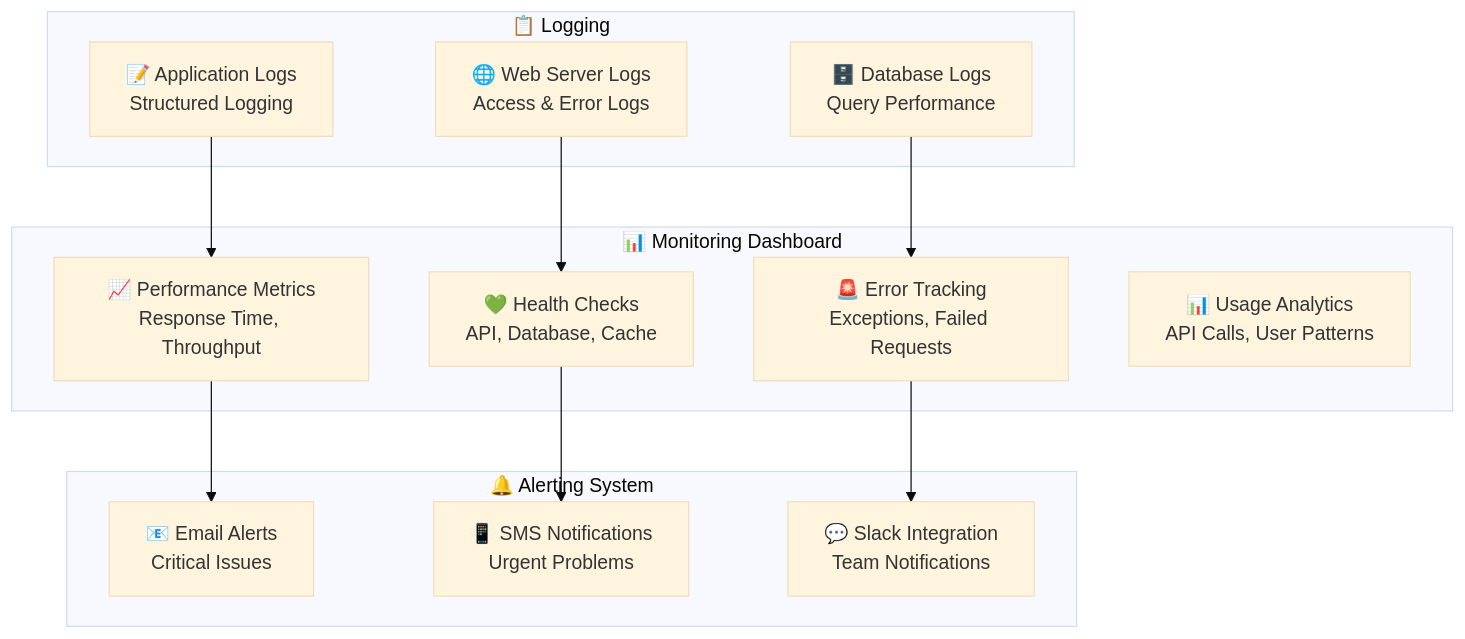
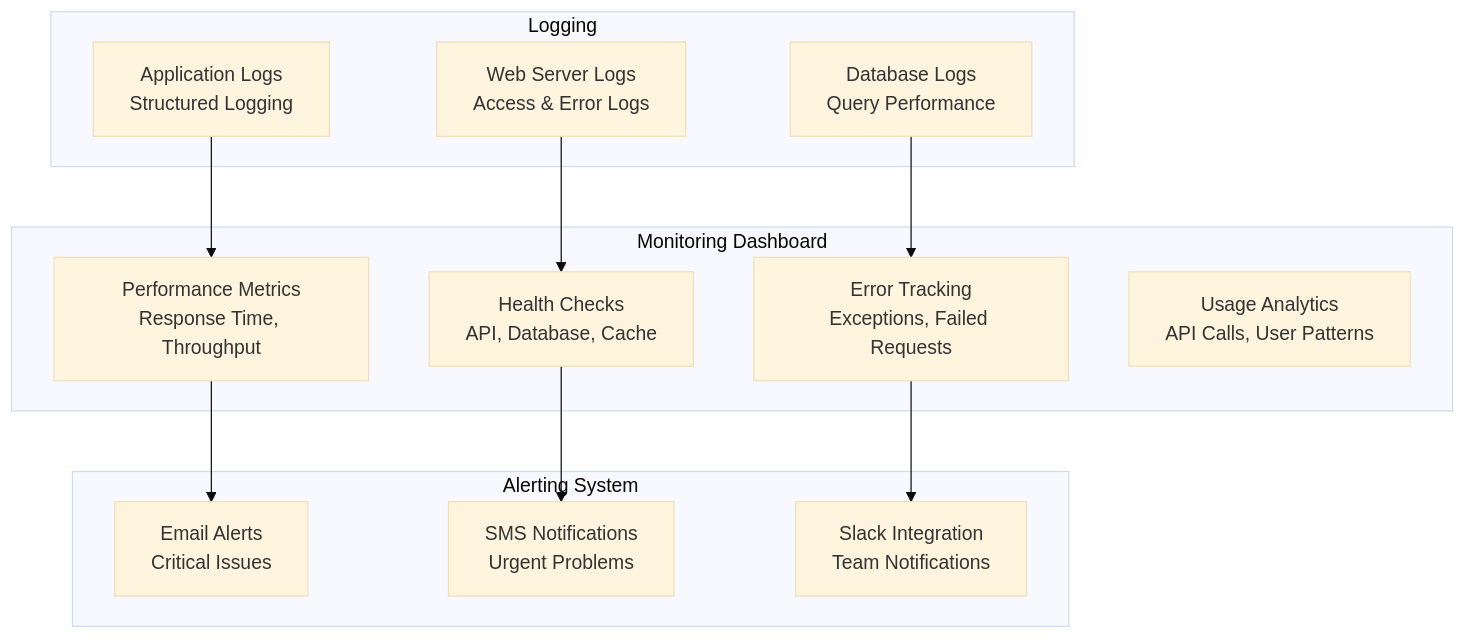
One commit to sandeepkumar0801/ToursAndActivities changed diagram 11 of 11 in README.md. Above: the diagram before and after it, drawn with Mermaid (base theme). The commit also changed other lines of this file, not shown here.

Commit message:
update document to fix rending issues

````diff
--- a/README.md
+++ b/README.md
@@ -1003,29 +1003,29 @@
 ```mermaid
 graph TB
-    subgraph "📊 Monitoring Dashboard"
-        METRICS[📈 Performance Metrics<br/>Response Time, Throughput]
-        HEALTH[💚 Health Checks<br/>API, Database, Cache]
-        ERRORS[🚨 Error Tracking<br/>Exceptions, Failed Requests]
-        USAGE[📊 Usage Analytics<br/>API Calls, User Patterns]
+    subgraph "Monitoring Dashboard"
+        METRICS[Performance Metrics<br/>Response Time, Throughput]
+        HEALTH[Health Checks<br/>API, Database, Cache]
+        ERRORS[Error Tracking<br/>Exceptions, Failed Requests]
+        USAGE[Usage Analytics<br/>API Calls, User Patterns]
     end
 
-    subgraph "🔔 Alerting System"
-        EMAIL[📧 Email Alerts<br/>Critical Issues]
-        SMS[📱 SMS Notifications<br/>Urgent Problems]
-        SLACK[💬 Slack Integration<br/>Team Notifications]
+    subgraph "Alerting System"
+        EMAIL[Email Alerts<br/>Critical Issues]
+        SMS[SMS Notifications<br/>Urgent Problems]
+        SLACK[Slack Integration<br/>Team Notifications]
     end
 
-    subgraph "📋 Logging"
-        APPLOGS[📝 Application Logs<br/>Structured Logging]
-        WEBLOGS[🌐 Web Server Logs<br/>Access & Error Logs]
-        DBLOGS[🗄️ Database Logs<br/>Query Performance]
+    subgraph "Logging"
+        APPLOGS[Application Logs<br/>Structured Logging]
+        WEBLOGS[Web Server Logs<br/>Access & Error Logs]
+        DBLOGS[Database Logs<br/>Query Performance]
     end
 
     METRICS --> EMAIL
     HEALTH --> SMS
     ERRORS --> SLACK
 
     APPLOGS --> METRICS
     WEBLOGS --> HEALTH
     DBLOGS --> ERRORS
 ```
````
